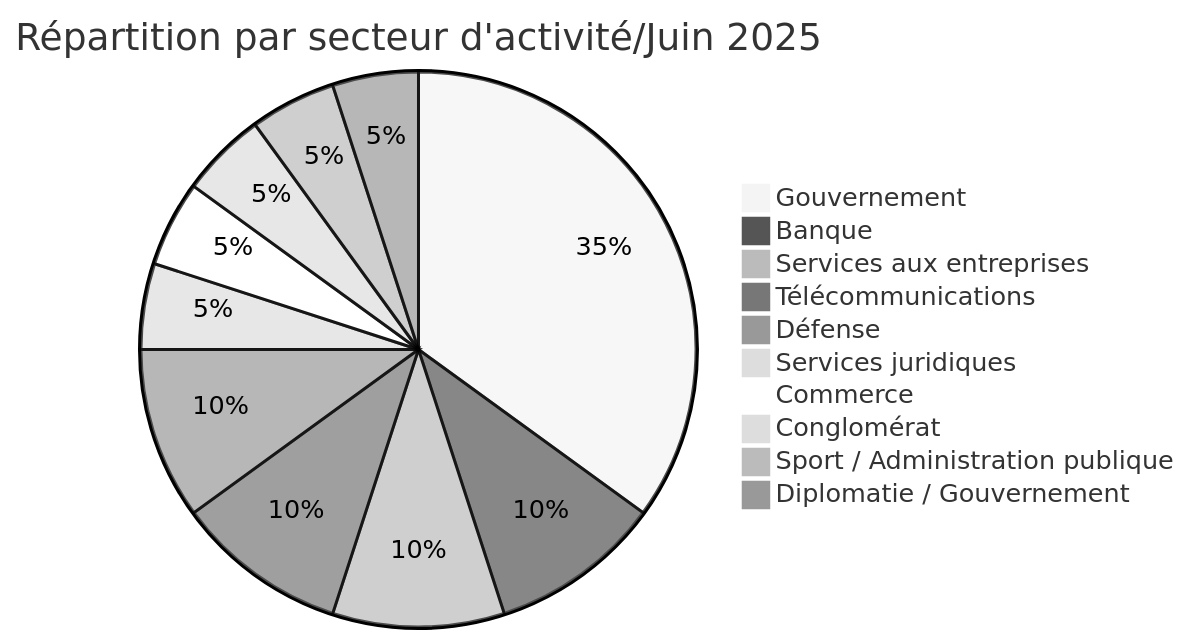
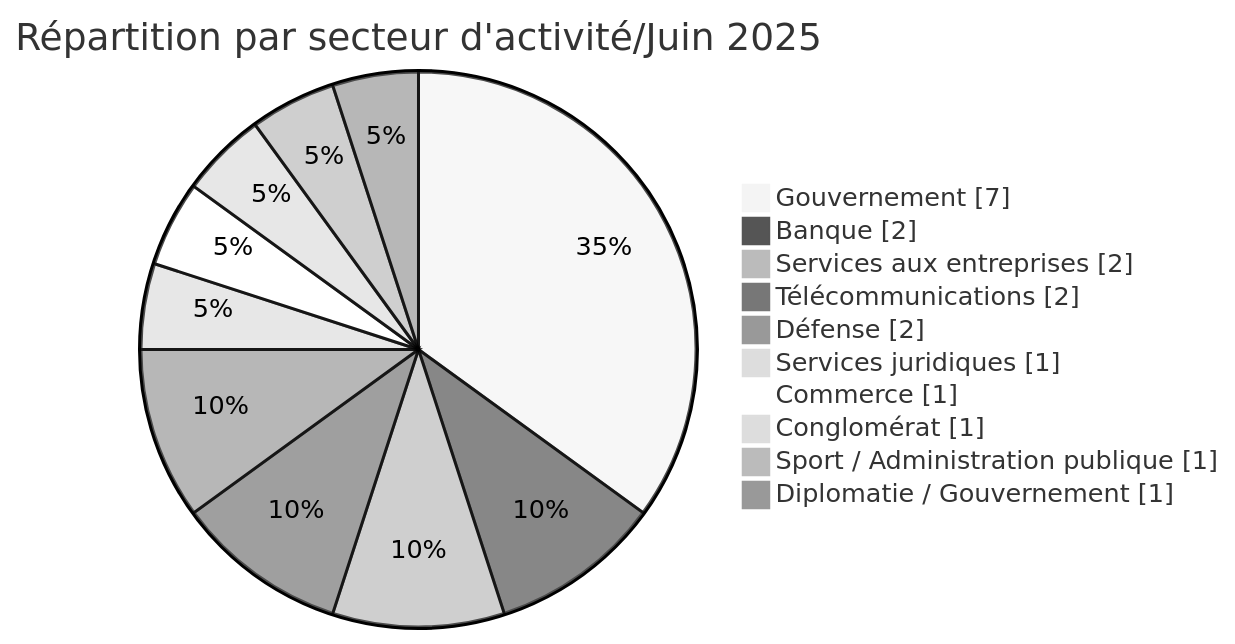
Before and after one commit to Hatchepsoute/AFRINTEL: the second of 6 diagrams in CyberAttackAfrica/2025/06-june/README_FR.md, drawn with Mermaid (neutral theme). The commit also changed other lines of this file and 182 other files, not shown here.

````diff
--- a/CyberAttackAfrica/2025/06-june/README_FR.md
+++ b/CyberAttackAfrica/2025/06-june/README_FR.md
@@ -70,13 +73,14 @@
 ```mermaid
-pie title Répartition par secteur d'activité/Juin 2025
+pie showData
+    title Répartition par secteur d'activité/Juin 2025
     "Gouvernement" : 7
     "Banque" : 2
     "Services aux entreprises" : 2
     "Télécommunications" : 2
     "Défense" : 2
     "Services juridiques" : 1
     "Commerce" : 1
     "Conglomérat" : 1
     "Sport / Administration publique" : 1
     "Diplomatie / Gouvernement" : 1
 ```
````
